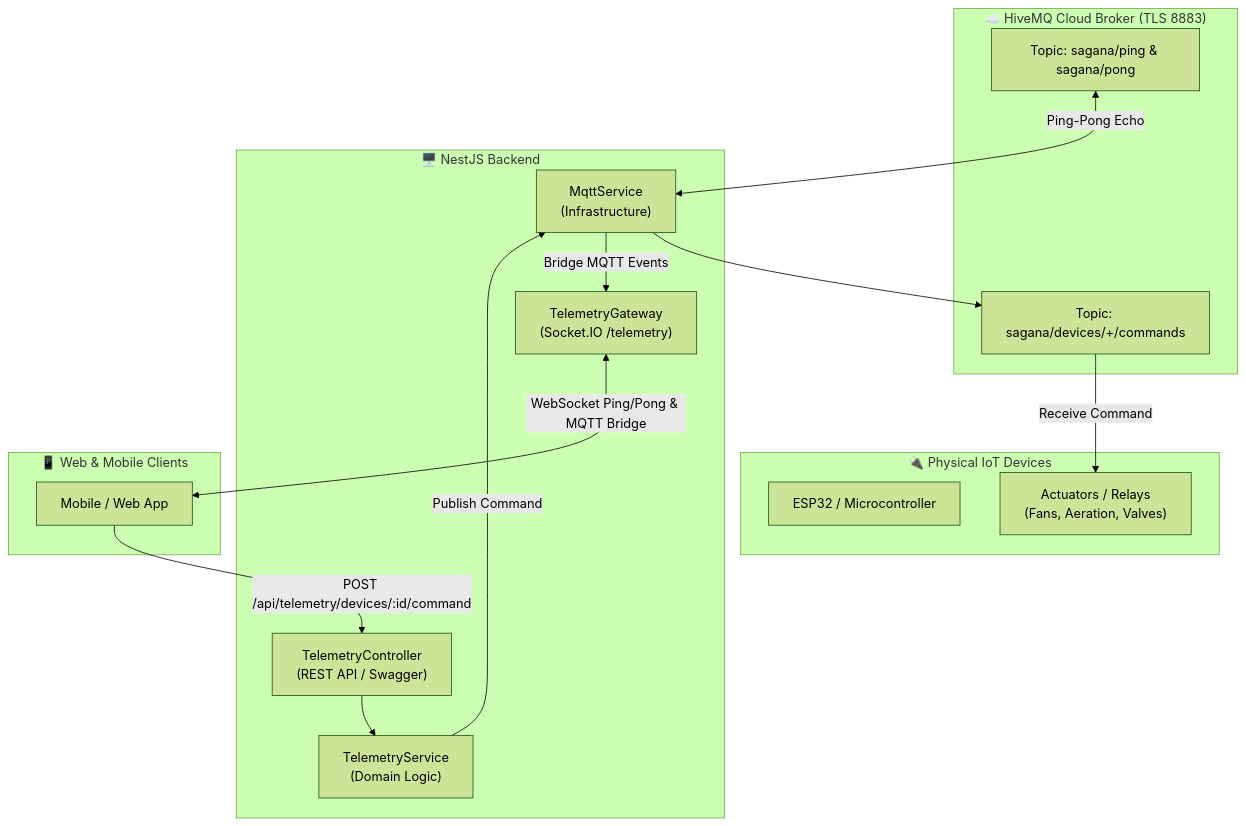
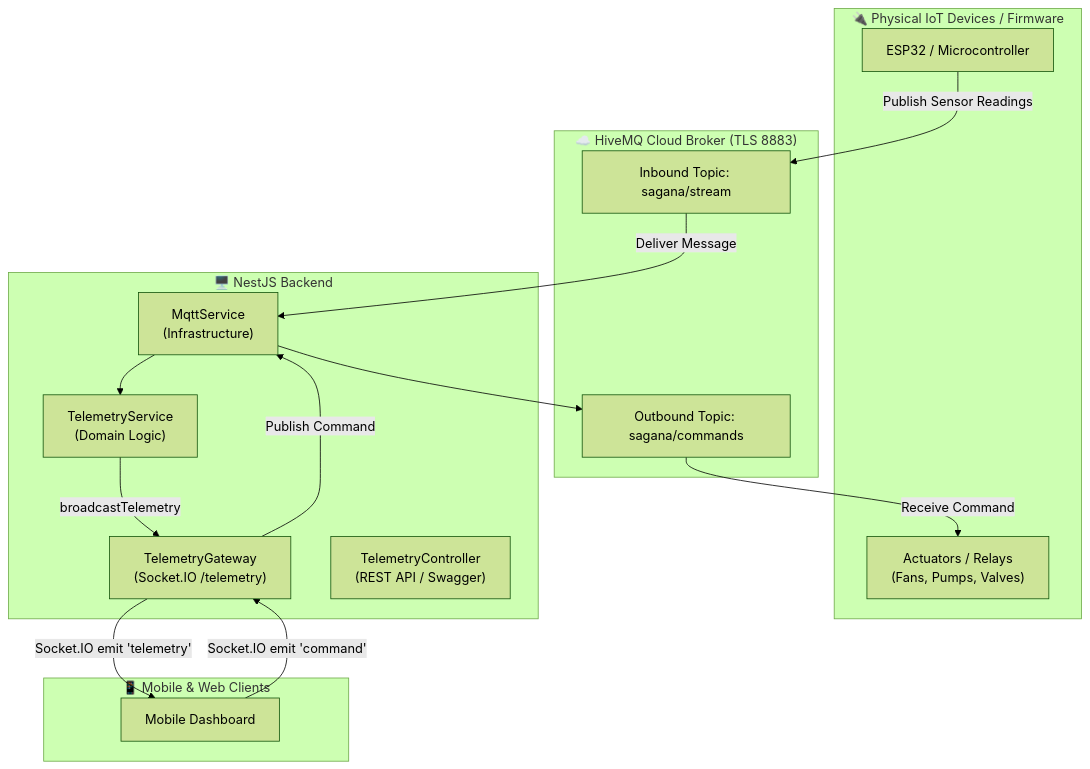
Before and after one commit to likha-innovations/sagana-backend: the diagram in docs/modules/telemetry.md, drawn with Mermaid (forest theme). The commit also changed other lines of this file and 1 other file, not shown here.

Commit message:
docs(telemetry): document stream and command baseline in docs and project memory

````diff
--- a/docs/modules/telemetry.md
+++ b/docs/modules/telemetry.md
@@ -9,33 +9,34 @@
 ```mermaid
 flowchart TD
-    subgraph Hardware ["🔌 Physical IoT Devices"]
+    subgraph Hardware ["🔌 Physical IoT Devices / Firmware"]
         ESP["ESP32 / Microcontroller"]
-        Actuators["Actuators / Relays<br/>(Fans, Aeration, Valves)"]
+        Actuators["Actuators / Relays<br/>(Fans, Pumps, Valves)"]
     end
 
     subgraph HiveMQ ["☁️ HiveMQ Cloud Broker (TLS 8883)"]
-        PingTopic["Topic: sagana/ping & sagana/pong"]
-        CmdTopic["Topic: sagana/devices/+/commands"]
+        StreamTopic["Inbound Topic: sagana/stream"]
+        CmdTopic["Outbound Topic: sagana/commands"]
     end
 
     subgraph Backend ["🖥️ NestJS Backend"]
         MqttSvc["MqttService<br/>(Infrastructure)"]
         TelemSvc["TelemetryService<br/>(Domain Logic)"]
         TelemGateway["TelemetryGateway<br/>(Socket.IO /telemetry)"]
         TelemCtrl["TelemetryController<br/>(REST API / Swagger)"]
     end
 
-    subgraph Clients ["📱 Web & Mobile Clients"]
-        Dashboard["Mobile / Web App"]
+    subgraph Clients ["📱 Mobile & Web Clients"]
+        Dashboard["Mobile Dashboard"]
     end
 
-    Dashboard -->|POST /api/telemetry/devices/:id/command| TelemCtrl
-    TelemCtrl --> TelemSvc
-    TelemSvc -->|Publish Command| MqttSvc
+    ESP -->|Publish Sensor Readings| StreamTopic
+    StreamTopic -->|Deliver Message| MqttSvc
+    MqttSvc --> TelemSvc
+    TelemSvc -->|broadcastTelemetry| TelemGateway
+    TelemGateway -->|Socket.IO emit 'telemetry'| Dashboard
+
+    Dashboard -->|Socket.IO emit 'command'| TelemGateway
+    TelemGateway -->|Publish Command| MqttSvc
     MqttSvc --> CmdTopic
     CmdTopic -->|Receive Command| Actuators
-
-    PingTopic <-->|Ping-Pong Echo| MqttSvc
-    MqttSvc -->|Bridge MQTT Events| TelemGateway
-    TelemGateway <-->|WebSocket Ping/Pong & MQTT Bridge| Dashboard
 ```
````
